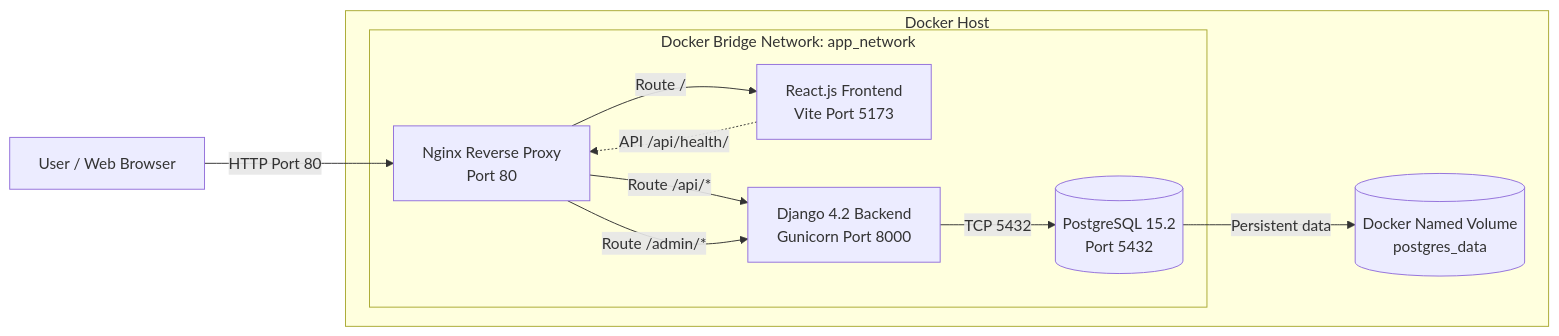
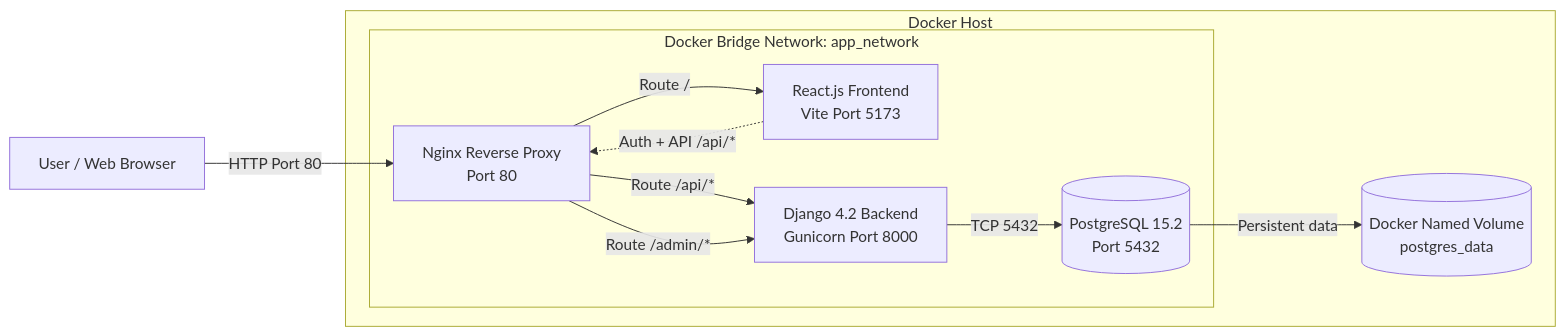
Before and after one commit to traisitvare/infrastructure-qualification-test: the diagram in README.md, drawn with Mermaid. The commit also changed other lines of this file and 8 other files, not shown here.

````diff
--- a/README.md
+++ b/README.md
@@ -15,20 +15,20 @@
 ```mermaid
 flowchart LR
     User["User / Web Browser"]
     subgraph DockerHost["Docker Host"]
         subgraph AppNetwork["Docker Bridge Network: app_network"]
             Nginx["Nginx Reverse Proxy<br/>Port 80"]
             Frontend["React.js Frontend<br/>Vite Port 5173"]
             Backend["Django 4.2 Backend<br/>Gunicorn Port 8000"]
             Database[("PostgreSQL 15.2<br/>Port 5432")]
         end
         Volume[("Docker Named Volume<br/>postgres_data")]
     end
     User -->|"HTTP Port 80"| Nginx
     Nginx -->|"Route /"| Frontend
     Nginx -->|"Route /api/*"| Backend
     Nginx -->|"Route /admin/*"| Backend
-    Frontend -.->|"API /api/health/"| Nginx
+    Frontend -.->|"Auth + API /api/*"| Nginx
     Backend -->|"TCP 5432"| Database
     Database -->|"Persistent data"| Volume
 ```
````
